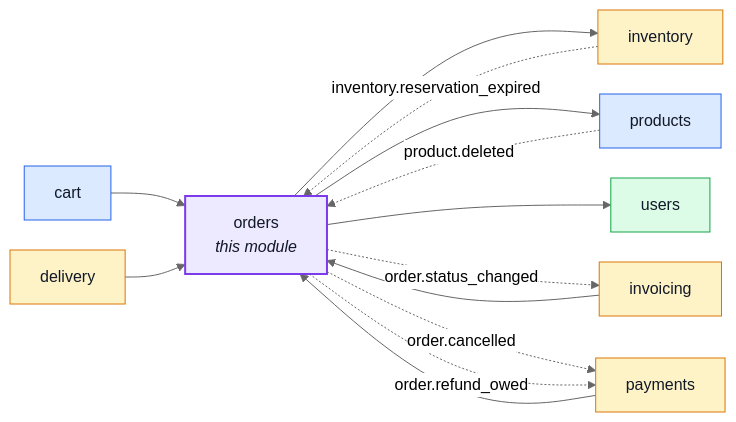
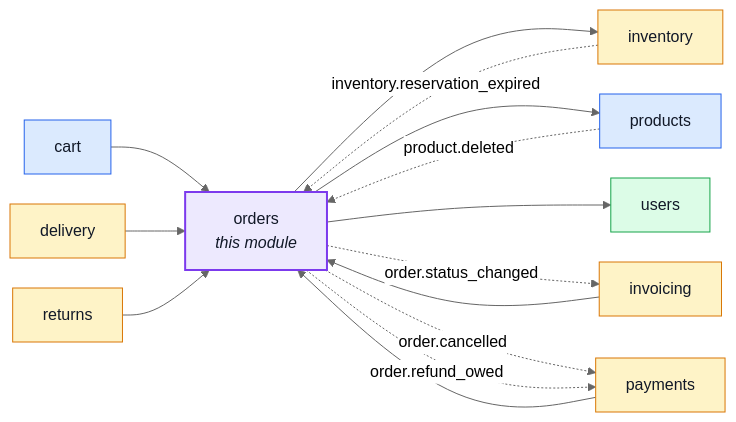
The first of 3 diagrams in docs/modules/orders.md (Guebbit/boilerplate-node-backend), drawn with Mermaid (neutral theme) before and after one commit. The commit also changed other lines of this file and 67 other files, not shown here.

````diff
--- a/docs/modules/orders.md
+++ b/docs/modules/orders.md
@@ -16,34 +16,36 @@
 ```mermaid
 %%{init: {'flowchart': {'nodeSpacing': 30, 'rankSpacing': 60}}}%%
 flowchart LR
     orders["orders<br/><i>this module</i>"]
     cart["cart"]
     delivery["delivery"]
     inventory["inventory"]
     invoicing["invoicing"]
     payments["payments"]
     products["products"]
+    returns["returns"]
     users["users"]
 
     cart --> orders
     delivery --> orders
     invoicing --> orders
     payments --> orders
+    returns --> orders
     orders --> inventory
     orders --> products
     orders --> users
     inventory -. "inventory.reservation_expired" .-> orders
     products -. "product.deleted" .-> orders
     orders -. "order.status_changed" .-> invoicing
     orders -. "order.cancelled" .-> payments
     orders -. "order.refund_owed" .-> payments
 
     classDef core fill:#dbeafe,stroke:#2563eb,color:#111827;
     classDef supporting fill:#fef3c7,stroke:#d97706,color:#111827;
     classDef generic fill:#dcfce7,stroke:#16a34a,color:#111827;
     classDef centre fill:#ede9fe,stroke:#7c3aed,stroke-width:2px,color:#111827;
     class cart,products core;
-    class delivery,inventory,invoicing,payments supporting;
+    class delivery,inventory,invoicing,payments,returns supporting;
     class users generic;
     class orders centre;
 ```
````
